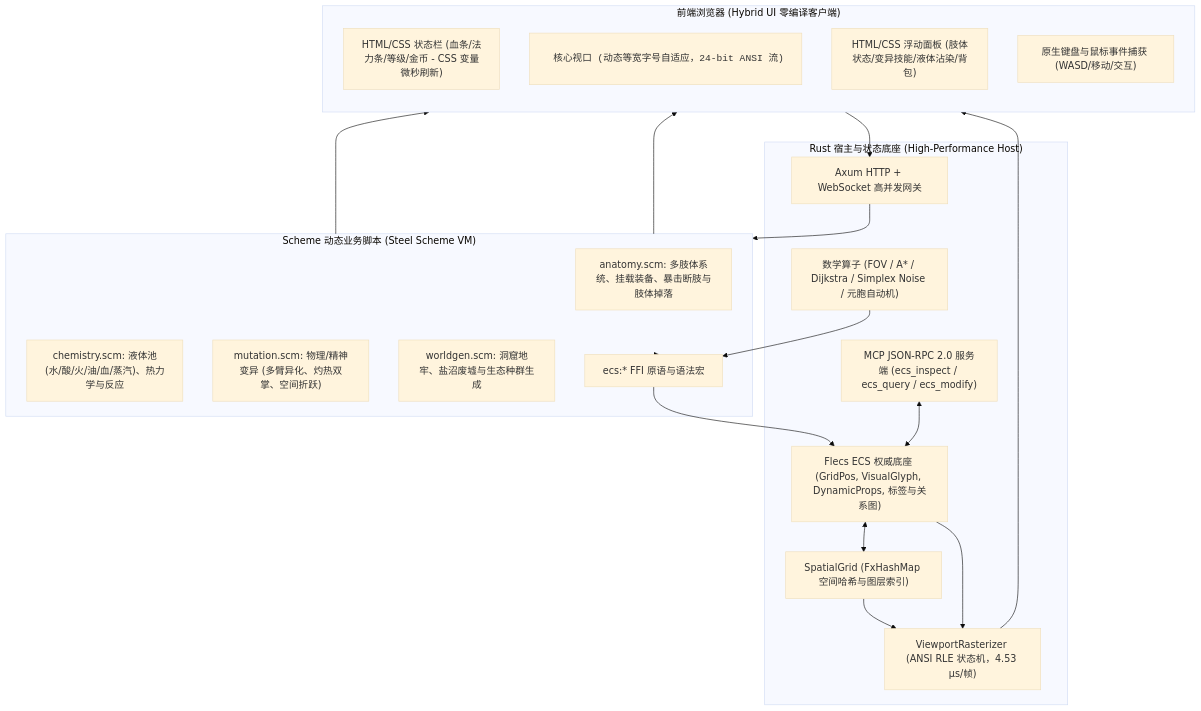
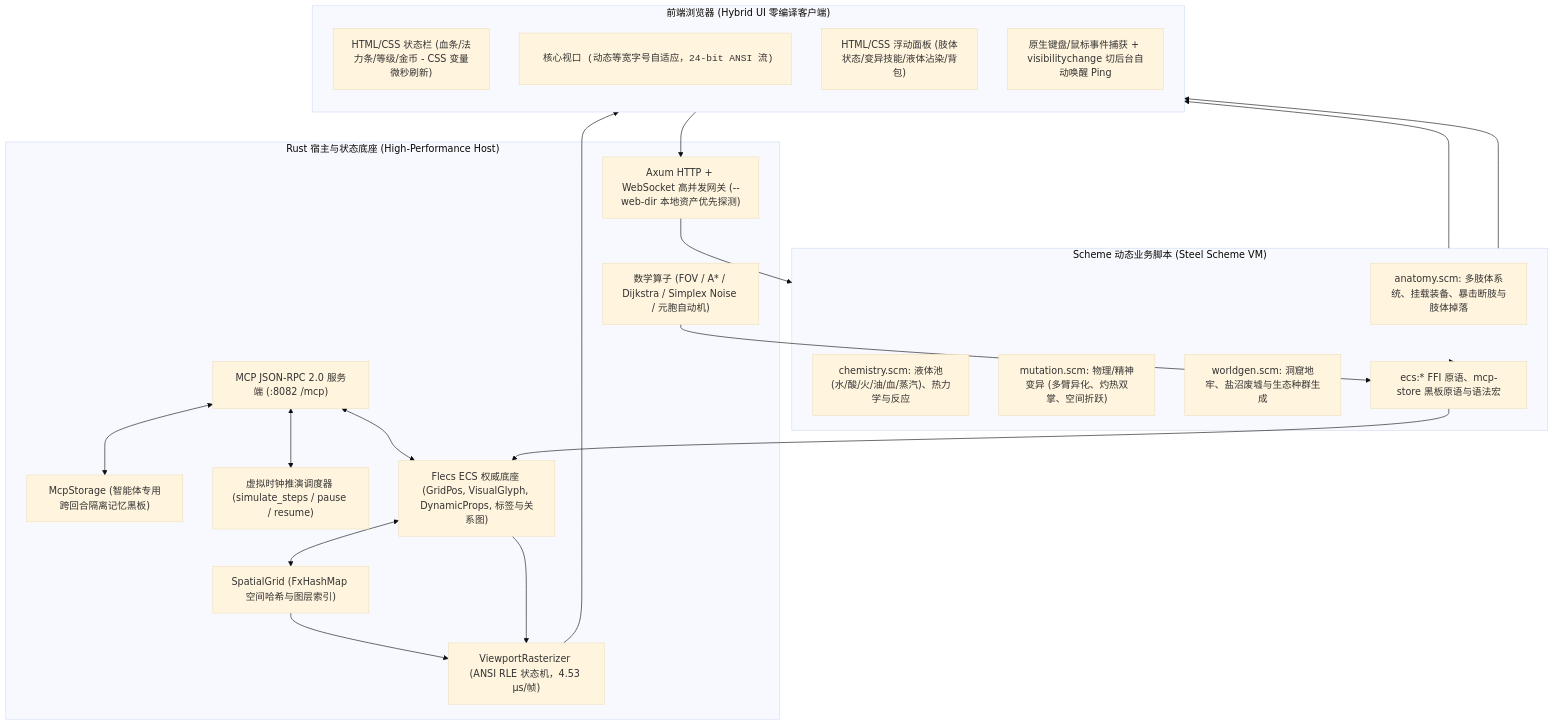
One commit to ouut/TextCraft changed the diagram in README.md. Above: the diagram before and after it, drawn with Mermaid (base theme). The commit also changed other lines of this file and 9 other files, not shown here.

````diff
--- a/README.md
+++ b/README.md
@@ -16,37 +17,39 @@
 ```mermaid
 flowchart TD
     subgraph Client["前端浏览器 (Hybrid UI 零编译客户端)"]
         direction TB
         HUD_Top["HTML/CSS 状态栏 (血条/法力条/等级/金币 - CSS 变量微秒刷新)"]
         PreScreen["<pre id='screen'> 核心视口 (动态等宽字号自适应，24-bit ANSI 流)"]
         HUD_Sides["HTML/CSS 浮动面板 (肢体状态/变异技能/液体沾染/背包)"]
-        InputHandler["原生键盘与鼠标事件捕获 (WASD/移动/交互)"]
+        InputHandler["原生键盘/鼠标事件捕获 + visibilitychange 切后台自动唤醒 Ping"]
     end
 
     subgraph Host["Rust 宿主与状态底座 (High-Performance Host)"]
-        Gateway["Axum HTTP + WebSocket 高并发网关"]
-        MCP["MCP JSON-RPC 2.0 服务端 (ecs_inspect / ecs_query / ecs_modify)"]
+        Gateway["Axum HTTP + WebSocket 高并发网关 (--web-dir 本地资产优先探测)"]
+        MCP["MCP JSON-RPC 2.0 服务端 (:8082 /mcp)"]
+        Blackboard["McpStorage (智能体专用跨回合隔离记忆黑板)"]
+        VirtualClock["虚拟时钟推演调度器 (simulate_steps / pause / resume)"]
         Flecs["Flecs ECS 权威底座 (GridPos, VisualGlyph, DynamicProps, 标签与关系图)"]
         Spatial["SpatialGrid (FxHashMap 空间哈希与图层索引)"]
         Rasterizer["ViewportRasterizer (ANSI RLE 状态机，4.53 μs/帧)"]
         Operators["数学算子 (FOV / A* / Dijkstra / Simplex Noise / 元胞自动机)"]
         Flecs <--> Spatial
         Spatial --> Rasterizer
+        MCP <--> Blackboard & VirtualClock & Flecs
     end
 
     subgraph Logic["Scheme 动态业务脚本 (Steel Scheme VM)"]
         Anatomy["anatomy.scm: 多肢体系统、挂载装备、暴击断肢与肢体掉落"]
         Chemistry["chemistry.scm: 液体池(水/酸/火/油/血/蒸汽)、热力学与反应"]
         Mutation["mutation.scm: 物理/精神变异 (多臂异化、灼热双掌、空间折跃)"]
         WorldGen["worldgen.scm: 洞窟地牢、盐沼废墟与生态种群生成"]
-        LogicFFI["ecs:* FFI 原语与语法宏"]
+        LogicFFI["ecs:* FFI 原语、mcp-store 黑板原语与语法宏"]
     end
 
     InputHandler --> Gateway
     Gateway --> Logic
     Logic --> LogicFFI --> Flecs
     Operators --> LogicFFI
     Flecs --> Rasterizer --> PreScreen
     Logic --> HUD_Top & HUD_Sides
-    MCP <--> Flecs
 ```
````
